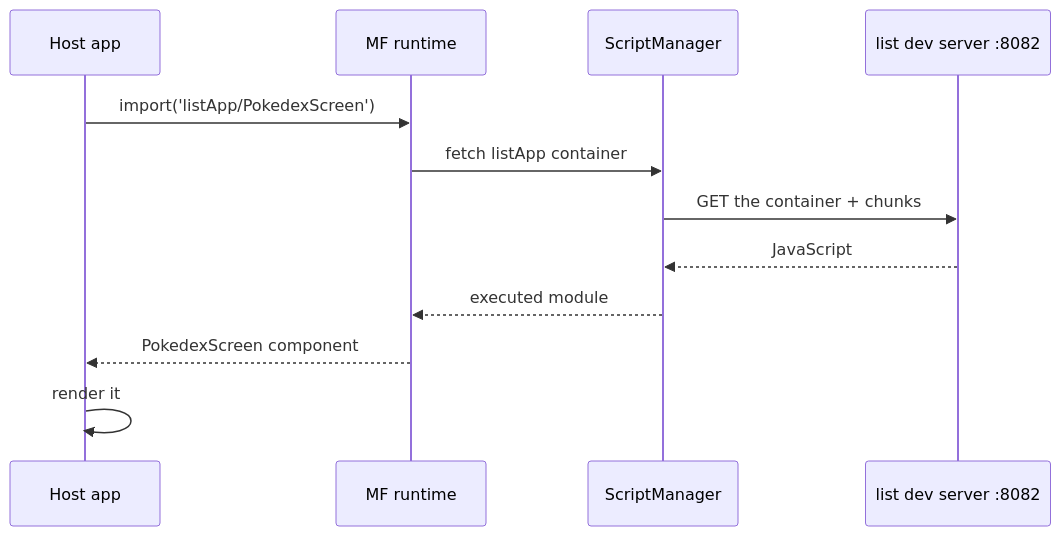
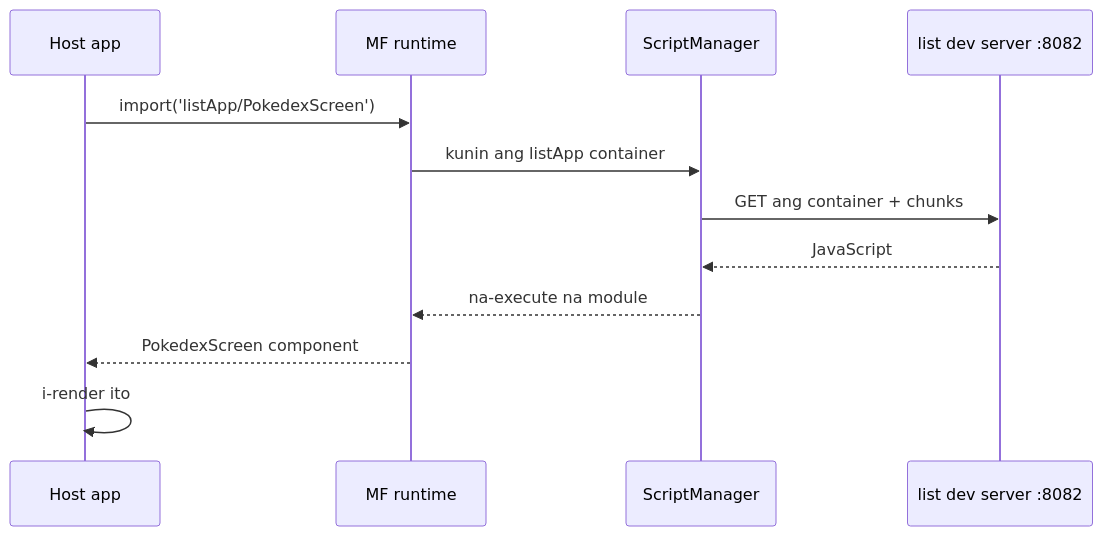
The diagram in src/content/blog/tl/your-first-federated-remote-react-native.md (warrendeleon/warrendeleon.com), drawn with Mermaid before and after one commit. The commit also changed 11 other files, not shown here.

First line of the commit message:
🌐 i18n(blog): translate mermaid diagram labels (es/ca/tl)

````diff
--- a/src/content/blog/tl/your-first-federated-remote-react-native.md
+++ b/src/content/blog/tl/your-first-federated-remote-react-native.md
@@ -315,14 +315,14 @@
 ```mermaid
 sequenceDiagram
     participant Host as Host app
     participant MF as MF runtime
     participant SM as ScriptManager
     participant Dev as list dev server :8082
     Host->>MF: import('listApp/PokedexScreen')
-    MF->>SM: fetch listApp container
-    SM->>Dev: GET the container + chunks
+    MF->>SM: kunin ang listApp container
+    SM->>Dev: GET ang container + chunks
     Dev-->>SM: JavaScript
-    SM-->>MF: executed module
+    SM-->>MF: na-execute na module
     MF-->>Host: PokedexScreen component
-    Host->>Host: render it
+    Host->>Host: i-render ito
 ```
````
